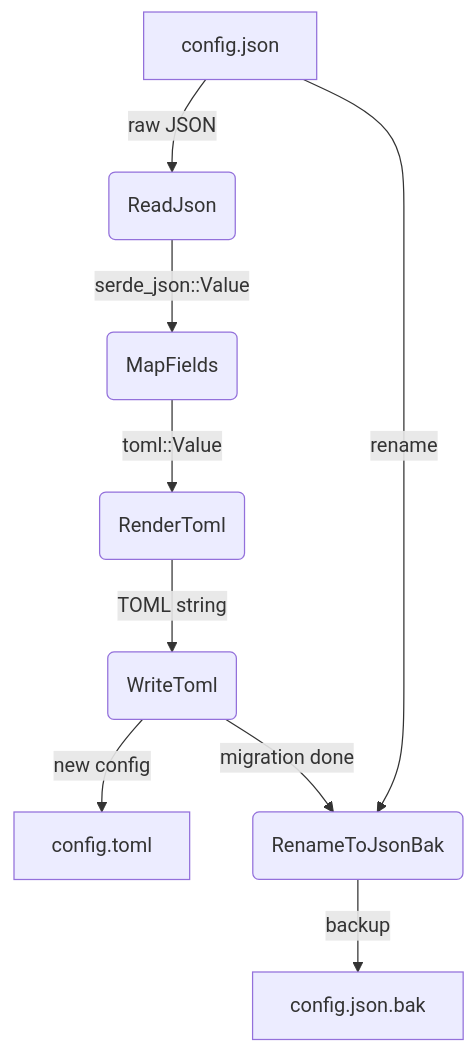
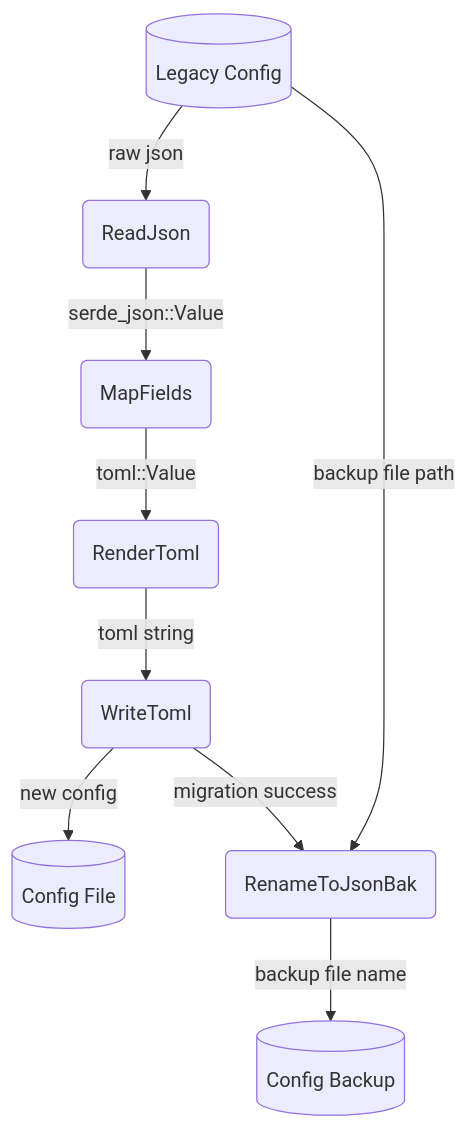
One commit to cosmoswafer/rockbot changed the third of 3 diagrams in _dfds/config.md. Above: the diagram before and after it, drawn with Mermaid. The commit also changed other lines of this file and 7 other files, not shown here.

````diff
--- a/_dfds/config.md
+++ b/_dfds/config.md
@@ -63,20 +63,20 @@
 ```mermaid
 flowchart TD
-    JSON["config.json"]
+    JSON[(Legacy Config)]
     READ(ReadJson)
     MAP(MapFields)
     RENDER(RenderToml)
     WRITE(WriteToml)
-    TOML["config.toml"]
+    TOML[(Config File)]
     RENAME(RenameToJsonBak)
-    BAK["config.json.bak"]
+    BAK[(Config Backup)]
 
-    JSON -->|"raw JSON"| READ
+    JSON -->|"raw json"| READ
     READ -->|"serde_json::Value"| MAP
     MAP -->|"toml::Value"| RENDER
-    RENDER -->|"TOML string"| WRITE
+    RENDER -->|"toml string"| WRITE
     WRITE -->|"new config"| TOML
-    WRITE -->|"migration done"| RENAME
-    JSON -->|"rename"| RENAME
-    RENAME -->|"backup"| BAK
+    WRITE -->|"migration success"| RENAME
+    JSON -->|"backup file path"| RENAME
+    RENAME -->|"backup file name"| BAK
 ```
````
